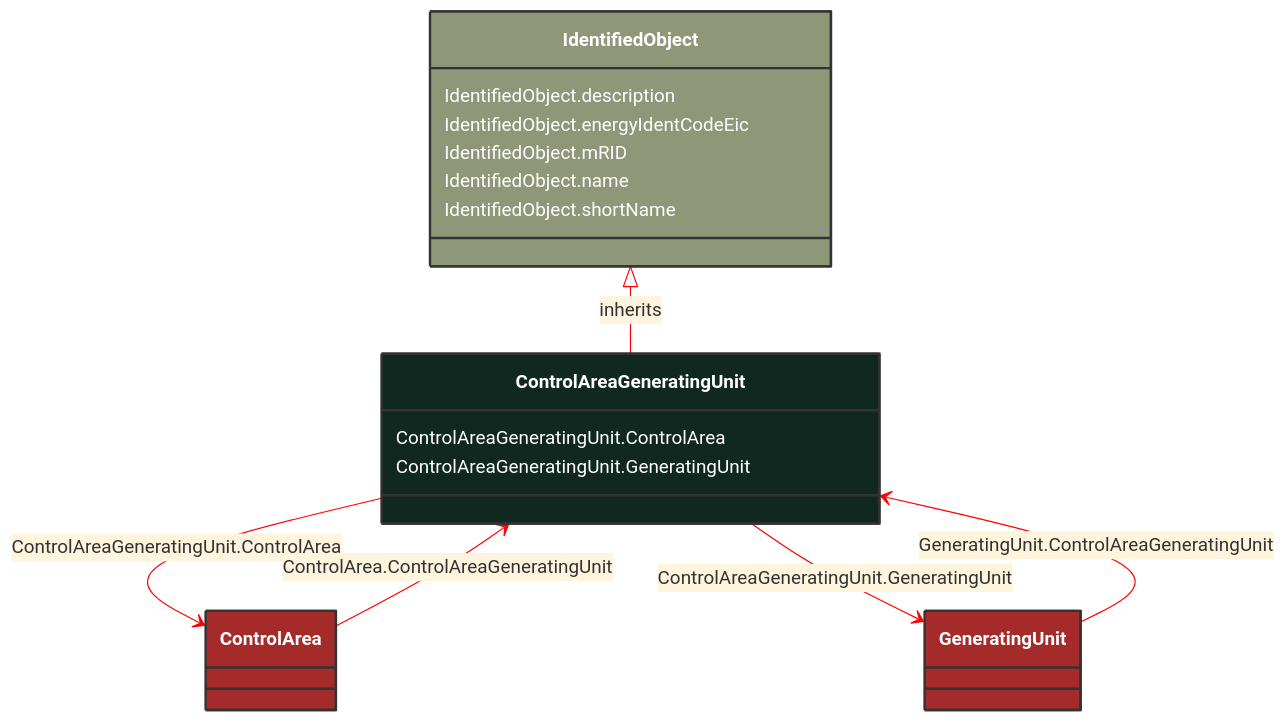
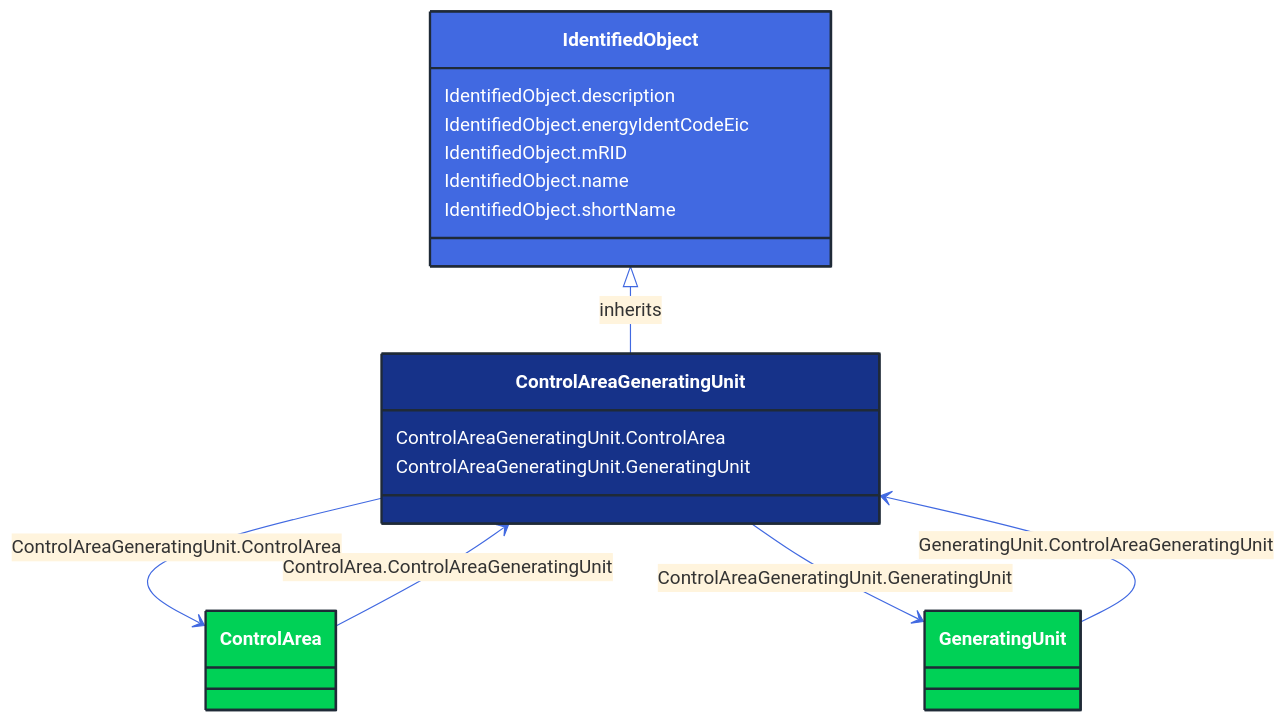
The diagram in docs/Models/Profiles/CoreEquipment/ConcreteClasses/ControlAreaGeneratingUnit.md (3lbits/NoCIMExtensions), drawn with Mermaid before and after one commit. The commit also changed 362 other files, not shown here.

First line of the commit message:
Update diagrams and styles for improved visual consistency

````diff
--- a/docs/Models/Profiles/CoreEquipment/ConcreteClasses/ControlAreaGeneratingUnit.md
+++ b/docs/Models/Profiles/CoreEquipment/ConcreteClasses/ControlAreaGeneratingUnit.md
@@ -8,43 +8,43 @@
 ```mermaid
-%%{init: {'theme':'base','themeVariables': {'lineColor': '#FF0000'}}}%%
+%%{init: {'theme':'base','themeVariables': {'lineColor': '#4169E1'}}}%%
 classDiagram
     class ControlAreaGeneratingUnit
     click ControlAreaGeneratingUnit href "/Models/Profiles/CoreEquipment/ConcreteClasses/ControlAreaGeneratingUnit/"
-    style ControlAreaGeneratingUnit fill:#102820,stroke:#333,stroke-width:2px,rx:10,ry:10,color:white
+    style ControlAreaGeneratingUnit fill:#163289,stroke:#1F2A37,stroke-width:2px,rx:10,ry:10,color:white
      
         IdentifiedObject <|-- ControlAreaGeneratingUnit : inherits
             click IdentifiedObject href "/Models/Profiles/CoreEquipment/AbstractClasses/IdentifiedObject/"
-            style IdentifiedObject fill:#8F9779,stroke:#333,stroke-width:2px,rx:10,ry:10,color:white
+            style IdentifiedObject fill:#4169E1,stroke:#1F2A37,stroke-width:2px,rx:10,ry:10,color:white
 
         ControlAreaGeneratingUnit --> ControlArea : ControlAreaGeneratingUnit.ControlArea
 
         ControlArea
             click ControlArea href "/Models/Profiles/CoreEquipment/AbstractClasses/ControlArea/"
-            style ControlArea fill:#A52A2A,stroke:#333,stroke-width:2px,rx:10,ry:10,color:white
+            style ControlArea fill:#00D156,stroke:#1F2A37,stroke-width:2px,rx:10,ry:10,color:white
         ControlAreaGeneratingUnit --> GeneratingUnit : ControlAreaGeneratingUnit.GeneratingUnit
 
         GeneratingUnit
             click GeneratingUnit href "/Models/Profiles/CoreEquipment/AbstractClasses/GeneratingUnit/"
-            style GeneratingUnit fill:#A52A2A,stroke:#333,stroke-width:2px,rx:10,ry:10,color:white
+            style GeneratingUnit fill:#00D156,stroke:#1F2A37,stroke-width:2px,rx:10,ry:10,color:white
 
         ControlArea --> ControlAreaGeneratingUnit : ControlArea.ControlAreaGeneratingUnit
 
         ControlArea
             click ControlArea href "/Models/Profiles/CoreEquipment/AbstractClasses/ControlArea/"
-            style ControlArea fill:#A52A2A,stroke:#333,stroke-width:2px,rx:10,ry:10,color:white
+            style ControlArea fill:#00D156,stroke:#1F2A37,stroke-width:2px,rx:10,ry:10,color:white
 
         GeneratingUnit --> ControlAreaGeneratingUnit : GeneratingUnit.ControlAreaGeneratingUnit
 
         GeneratingUnit
             click GeneratingUnit href "/Models/Profiles/CoreEquipment/AbstractClasses/GeneratingUnit/"
-            style GeneratingUnit fill:#A52A2A,stroke:#333,stroke-width:2px,rx:10,ry:10,color:white
+            style GeneratingUnit fill:#00D156,stroke:#1F2A37,stroke-width:2px,rx:10,ry:10,color:white
 
 
         ControlAreaGeneratingUnit : ControlAreaGeneratingUnit.ControlArea
         ControlAreaGeneratingUnit : ControlAreaGeneratingUnit.GeneratingUnit
         IdentifiedObject : IdentifiedObject.description
         IdentifiedObject : IdentifiedObject.energyIdentCodeEic
         IdentifiedObject : IdentifiedObject.mRID
         IdentifiedObject : IdentifiedObject.name
         IdentifiedObject : IdentifiedObject.shortName
 ```
````
